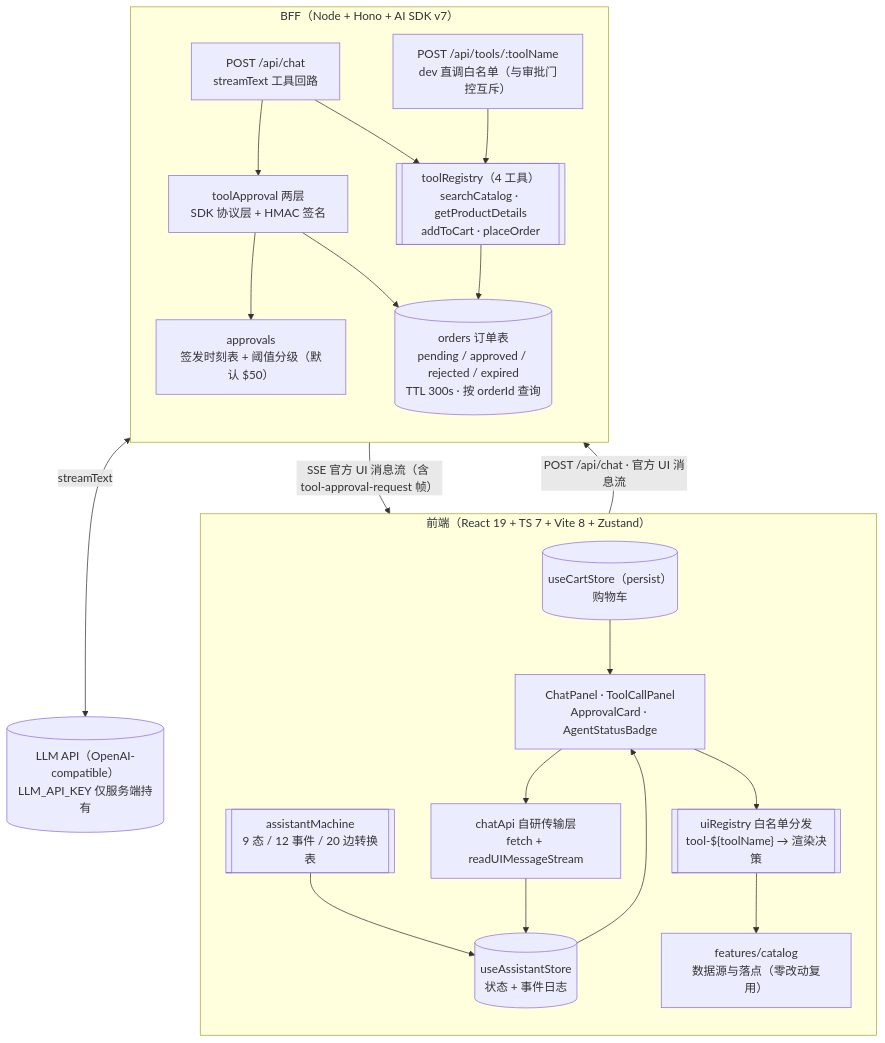
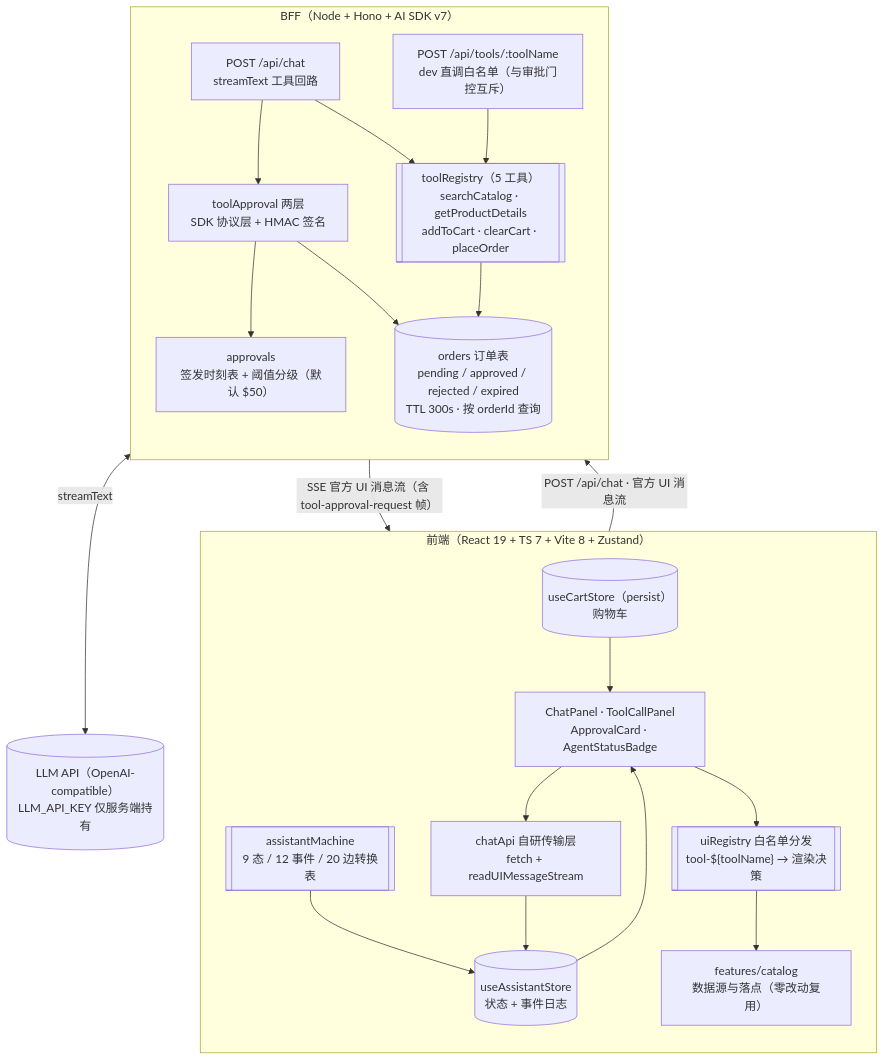
Before and after one commit to hanalice/connect-store: the first of 2 diagrams in docs/ai-assistant-design.md, drawn with Mermaid. The commit also changed other lines of this file and 1 other file, not shown here.

First line of the commit message:
docs(assistant): G5.2 QA 打回 D-1 修补——方向 D 同族 4 处 clearCart 清单补齐

````diff
--- a/docs/ai-assistant-design.md
+++ b/docs/ai-assistant-design.md
@@ -94,42 +94,42 @@
 ```mermaid
 flowchart TB
     subgraph FE["前端（React 19 + TS 7 + Vite 8 + Zustand）"]
         direction TB
         UI["ChatPanel · ToolCallPanel<br/>ApprovalCard · AgentStatusBadge"]
         REG[["uiRegistry 白名单分发<br/>tool-${toolName} → 渲染决策"]]
         MACH[["assistantMachine<br/>9 态 / 12 事件 / 20 边转换表"]]
         AST[("useAssistantStore<br/>状态 + 事件日志")]
         CART[("useCartStore（persist）<br/>购物车")]
         CHATAPI["chatApi 自研传输层<br/>fetch + readUIMessageStream"]
         CAT["features/catalog<br/>数据源与落点（零改动复用）"]
     end
 
     subgraph BFF["BFF（Node + Hono + AI SDK v7）"]
         direction TB
         CHAT["POST /api/chat<br/>streamText 工具回路"]
-        TREG[["toolRegistry（4 工具）<br/>searchCatalog · getProductDetails<br/>addToCart · placeOrder"]]
+        TREG[["toolRegistry（5 工具）<br/>searchCatalog · getProductDetails<br/>addToCart · clearCart · placeOrder"]]
         TAP["toolApproval 两层<br/>SDK 协议层 + HMAC 签名"]
         APR["approvals<br/>签发时刻表 + 阈值分级（默认 $50）"]
         ORD[("orders 订单表<br/>pending / approved / rejected / expired<br/>TTL 300s · 按 orderId 查询")]
         DIR["POST /api/tools/:toolName<br/>dev 直调白名单（与审批门控互斥）"]
     end
 
     LLM[("LLM API（OpenAI-compatible）<br/>LLM_API_KEY 仅服务端持有")]
 
     MACH --> AST
     AST --> UI
     UI --> REG
     REG --> CAT
     UI --> CHATAPI
     CART --> UI
     CHATAPI -->|"POST /api/chat · 官方 UI 消息流"| CHAT
     CHAT -->|"SSE 官方 UI 消息流（含 tool-approval-request 帧）"| CHATAPI
     CHATAPI --> AST
     CHAT --> TREG
     CHAT --> TAP
     TAP --> APR
     TAP --> ORD
     TREG --> ORD
     DIR --> TREG
     CHAT <-->|streamText| LLM
 ```
````
